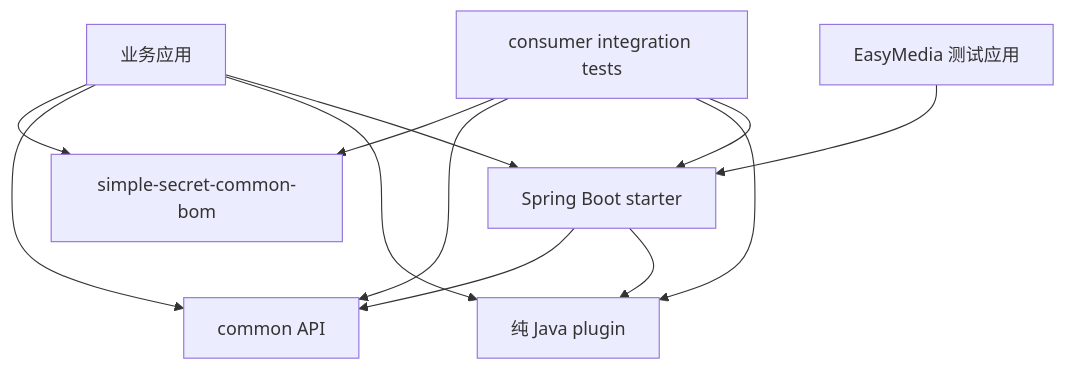
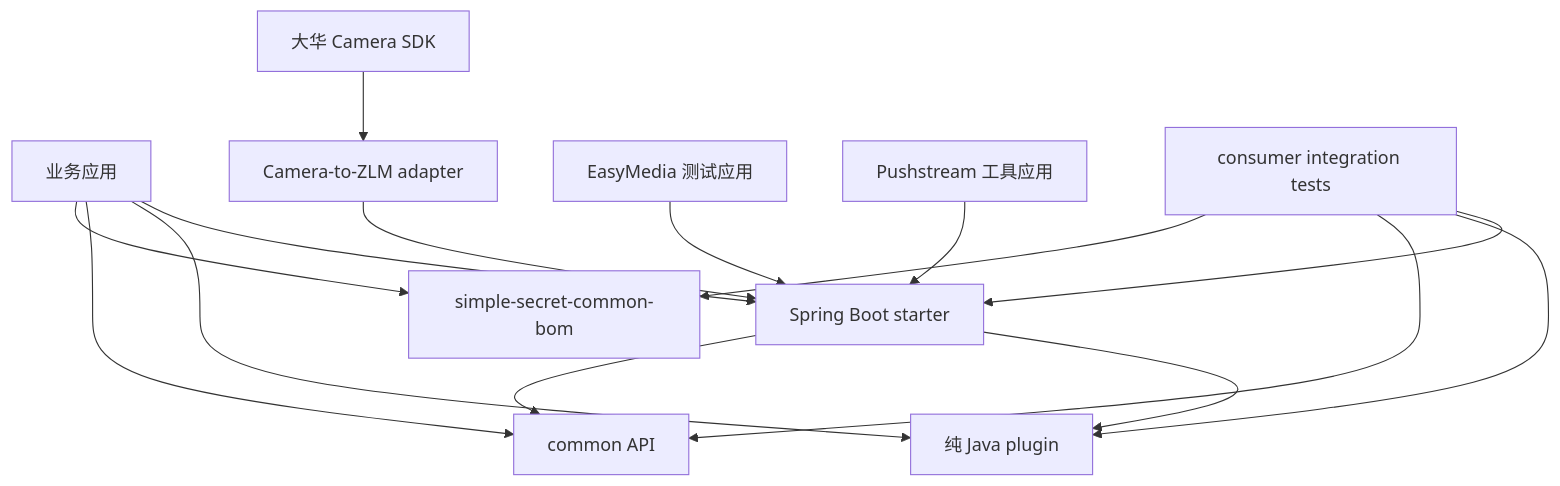
The diagram in README.md (Secret799/simple-secret), drawn with Mermaid before and after one commit. The commit also changed other lines of this file and 35 other files, not shown here.

````diff
--- a/README.md
+++ b/README.md
@@ -38,14 +45,17 @@
 ```mermaid
 flowchart TD
     APP["业务应用"] --> BOM["simple-secret-common-bom"]
     APP --> COMMON["common API"]
     APP --> PLUGIN["纯 Java plugin"]
     APP --> STARTER["Spring Boot starter"]
     STARTER --> COMMON
     STARTER --> PLUGIN
+    CAMERA["大华 Camera SDK"] --> ADAPTER["Camera-to-ZLM adapter"]
+    ADAPTER --> STARTER
     SAMPLE["EasyMedia 测试应用"] --> STARTER
+    PUSH["Pushstream 工具应用"] --> STARTER
     TEST["consumer integration tests"] --> BOM
     TEST --> COMMON
     TEST --> PLUGIN
     TEST --> STARTER
 ```
````
